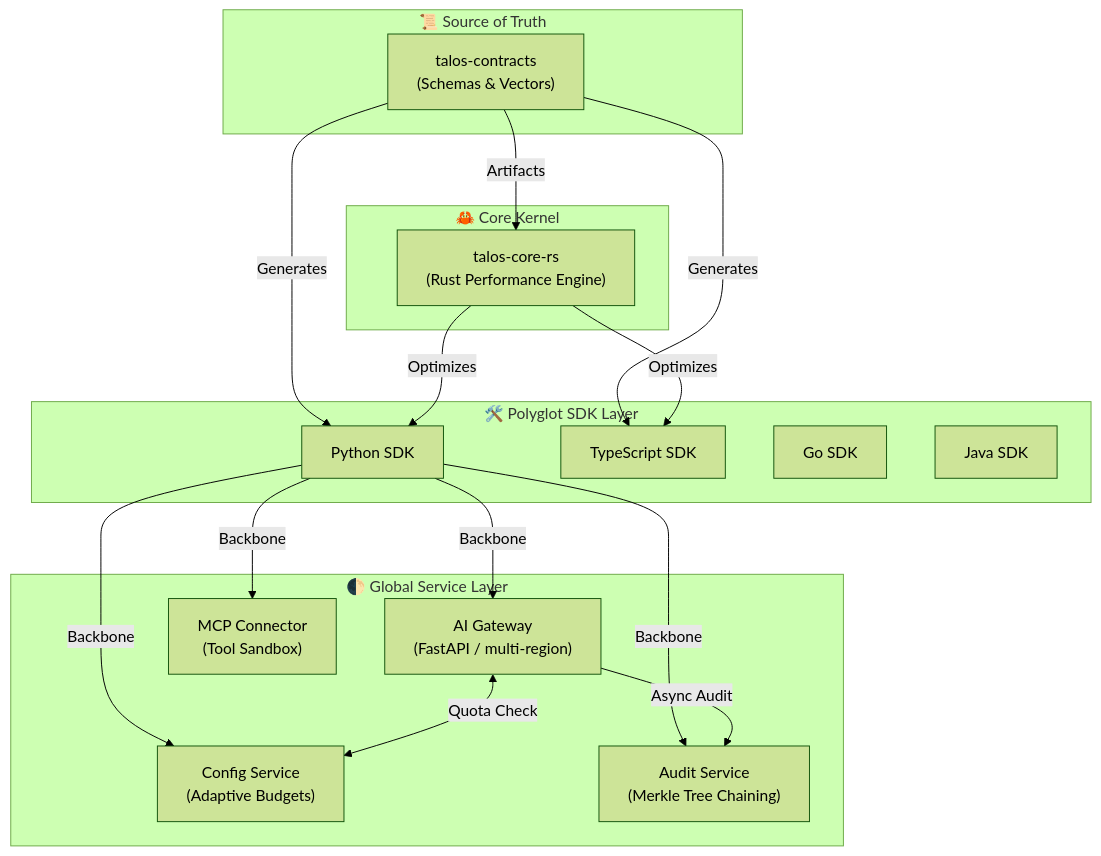
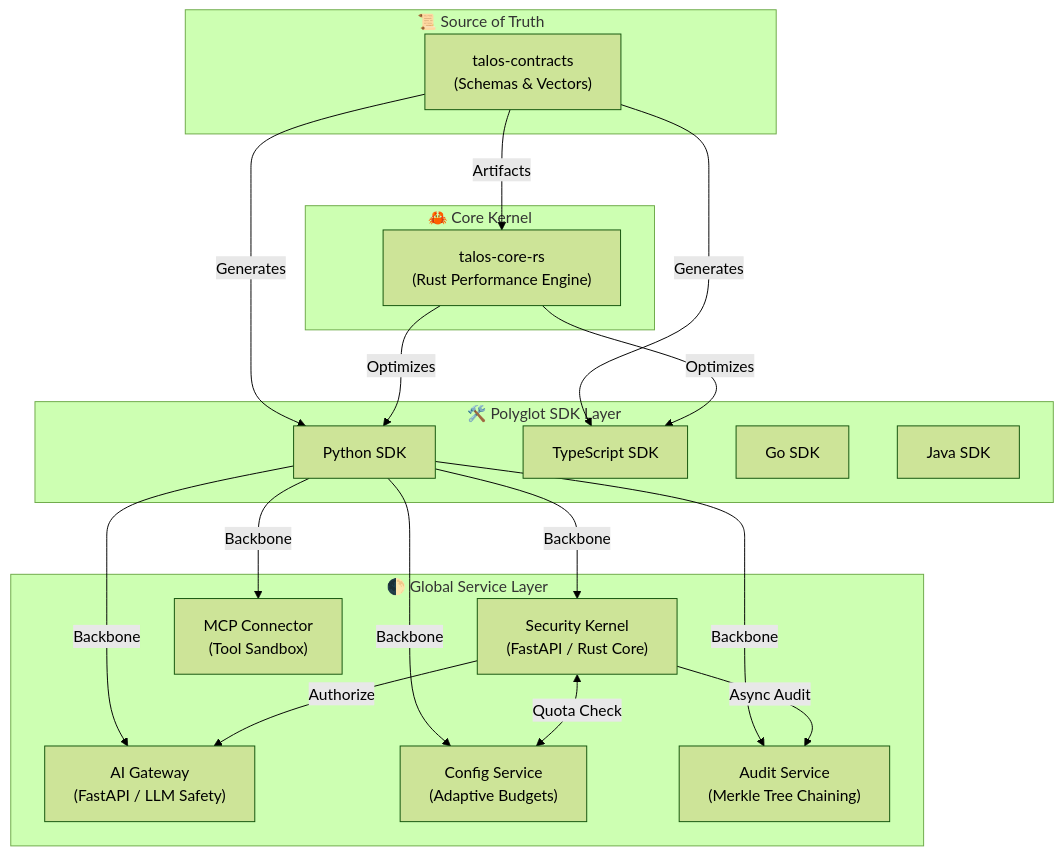
Before and after one commit to talosprotocol/talos-docs: the second of 2 diagrams in architecture/overview.md, drawn with Mermaid (forest theme). The commit also changed other lines of this file and 1 other file, not shown here.

````diff
--- a/architecture/overview.md
+++ b/architecture/overview.md
@@ -48,44 +49,47 @@
 ```mermaid
 graph TD
     %% Source of Truth
     subgraph Truth ["📜 Source of Truth"]
         Contracts["talos-contracts\n(Schemas & Vectors)"]
     end
 
     %% Polyglot Core
     subgraph Kernel ["🦀 Core Kernel"]
         CoreRS["talos-core-rs\n(Rust Performance Engine)"]
     end
 
     %% Multi-Language SDKs
     subgraph SDKs ["🛠️ Polyglot SDK Layer"]
         SDK_PY[Python SDK]
         SDK_TS[TypeScript SDK]
         SDK_GO[Go SDK]
         SDK_JAVA[Java SDK]
     end
 
     %% Service Layer
     subgraph Services ["🌓 Global Service Layer"]
-        Gateway["AI Gateway\n(FastAPI / multi-region)"]
+        SecurityKernel["Security Kernel\n(FastAPI / Rust Core)"]
+        AI_Gateway["AI Gateway\n(FastAPI / LLM Safety)"]
         Config["Config Service\n(Adaptive Budgets)"]
         Audit["Audit Service\n(Merkle Tree Chaining)"]
         Connector["MCP Connector\n(Tool Sandbox)"]
     end
 
     %% Relationships
     Contracts -->|Generates| SDK_PY
     Contracts -->|Generates| SDK_TS
     Contracts -->|Artifacts| CoreRS
 
     CoreRS -->|Optimizes| SDK_PY
     CoreRS -->|Optimizes| SDK_TS
 
-    SDK_PY -->|Backbone| Gateway
+    SDK_PY -->|Backbone| SecurityKernel
+    SDK_PY -->|Backbone| AI_Gateway
     SDK_PY -->|Backbone| Config
     SDK_PY -->|Backbone| Audit
     SDK_PY -->|Backbone| Connector
 
-    Gateway <-->|Quota Check| Config
-    Gateway -->|Async Audit| Audit
+    SecurityKernel <-->|Quota Check| Config
+    SecurityKernel -->|Async Audit| Audit
+    SecurityKernel -->|Authorize| AI_Gateway
 ```
````
